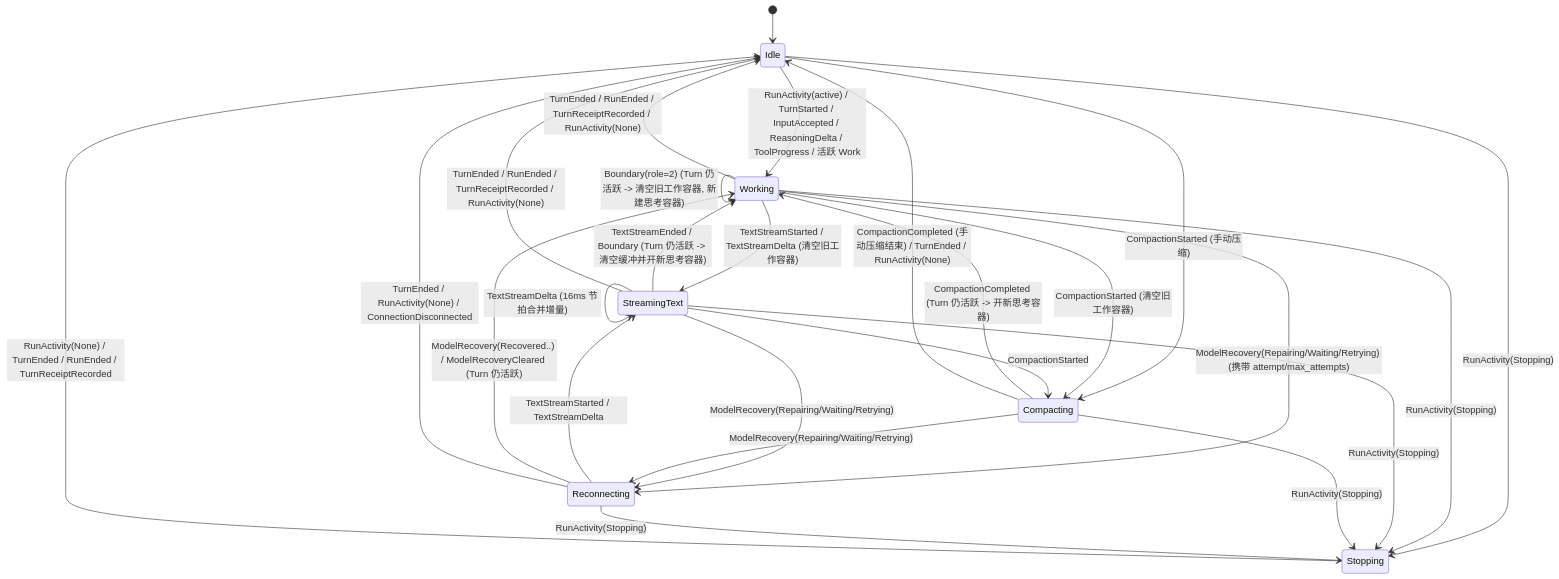
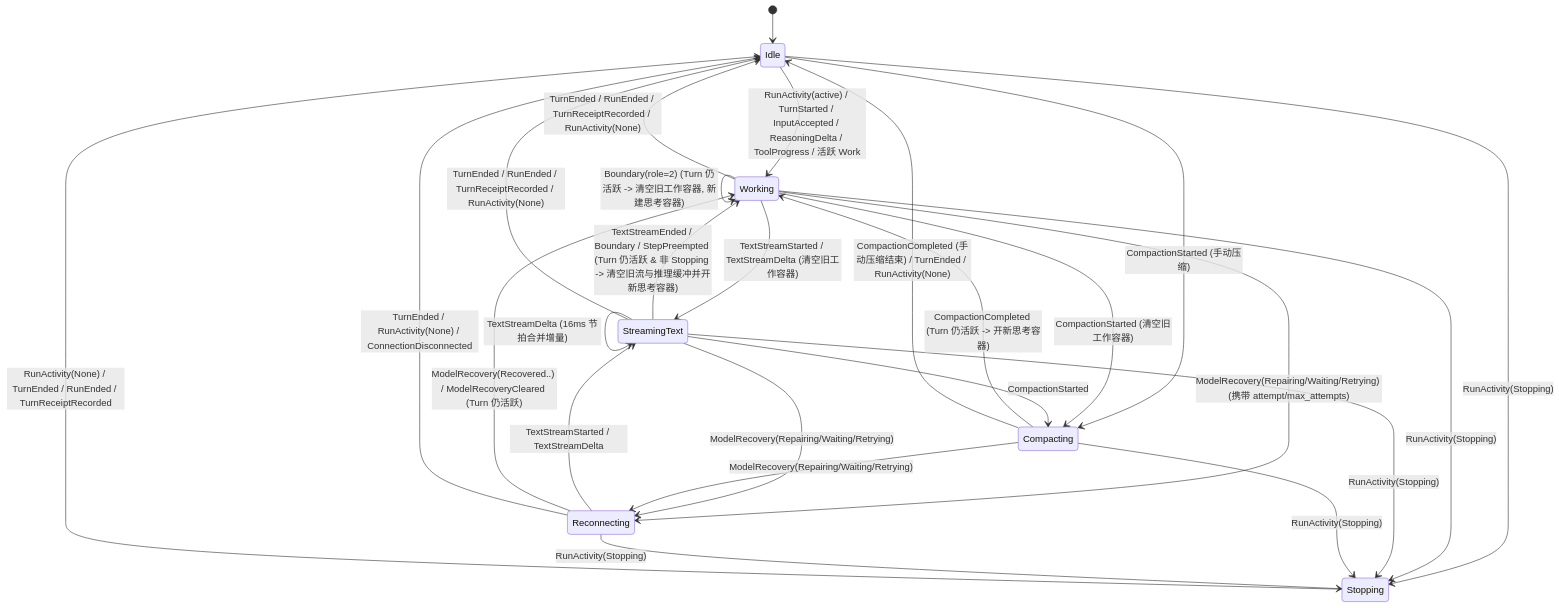
One commit to ZR233/anywork changed the second of 4 diagrams in design/26-timeline-content.md. Above: the diagram before and after it, drawn with Mermaid. The commit also changed other lines of this file and 62 other files, not shown here.

````diff
--- a/design/26-timeline-content.md
+++ b/design/26-timeline-content.md
@@ -82,35 +83,35 @@
 ```mermaid
 stateDiagram-v2
     [*] --> Idle
 
     Idle --> Working : RunActivity(active) / TurnStarted / InputAccepted / ReasoningDelta / ToolProgress / 活跃 Work
     Idle --> Compacting : CompactionStarted (手动压缩)
     Idle --> Stopping : RunActivity(Stopping)
 
     Working --> Working : Work(role=1) / ReasoningDelta / ToolProgress (按身份就地更新或直显完成, 保留 started_at)
     Working --> Working : Boundary(role=2) (Turn 仍活跃 -> 清空旧工作容器, 新建思考容器)
     Working --> StreamingText : TextStreamStarted / TextStreamDelta (清空旧工作容器)
     Working --> Compacting : CompactionStarted (清空旧工作容器)
     Working --> Reconnecting : ModelRecovery(Repairing/Waiting/Retrying) (携带 attempt/max_attempts)
     Working --> Stopping : RunActivity(Stopping)
     Working --> Idle : TurnEnded / RunEnded / TurnReceiptRecorded / RunActivity(None)
 
     StreamingText --> StreamingText : TextStreamDelta (16ms 节拍合并增量)
-    StreamingText --> Working : TextStreamEnded / Boundary (Turn 仍活跃 -> 清空缓冲并开新思考容器)
+    StreamingText --> Working : TextStreamEnded / Boundary / StepPreempted (Turn 仍活跃 & 非 Stopping -> 清空旧流与推理缓冲并开新思考容器)
     StreamingText --> Compacting : CompactionStarted
     StreamingText --> Reconnecting : ModelRecovery(Repairing/Waiting/Retrying)
     StreamingText --> Stopping : RunActivity(Stopping)
     StreamingText --> Idle : TurnEnded / RunEnded / TurnReceiptRecorded / RunActivity(None)
 
     Compacting --> Working : CompactionCompleted (Turn 仍活跃 -> 开新思考容器)
     Compacting --> Idle : CompactionCompleted (手动压缩结束) / TurnEnded / RunActivity(None)
     Compacting --> Reconnecting : ModelRecovery(Repairing/Waiting/Retrying)
     Compacting --> Stopping : RunActivity(Stopping)
 
     Reconnecting --> StreamingText : TextStreamStarted / TextStreamDelta
     Reconnecting --> Working : ModelRecovery(Recovered..) / ModelRecoveryCleared (Turn 仍活跃)
     Reconnecting --> Stopping : RunActivity(Stopping)
     Reconnecting --> Idle : TurnEnded / RunActivity(None) / ConnectionDisconnected
 
     Stopping --> Idle : RunActivity(None) / TurnEnded / RunEnded / TurnReceiptRecorded
 ```
````
